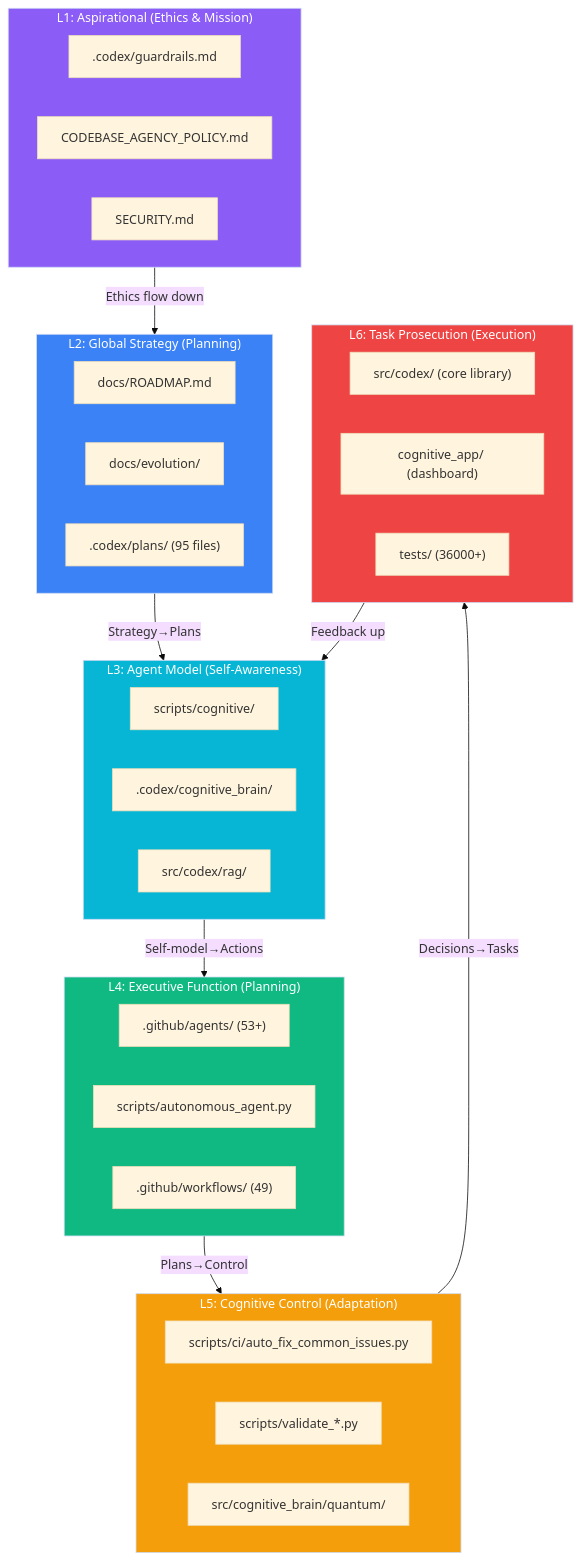
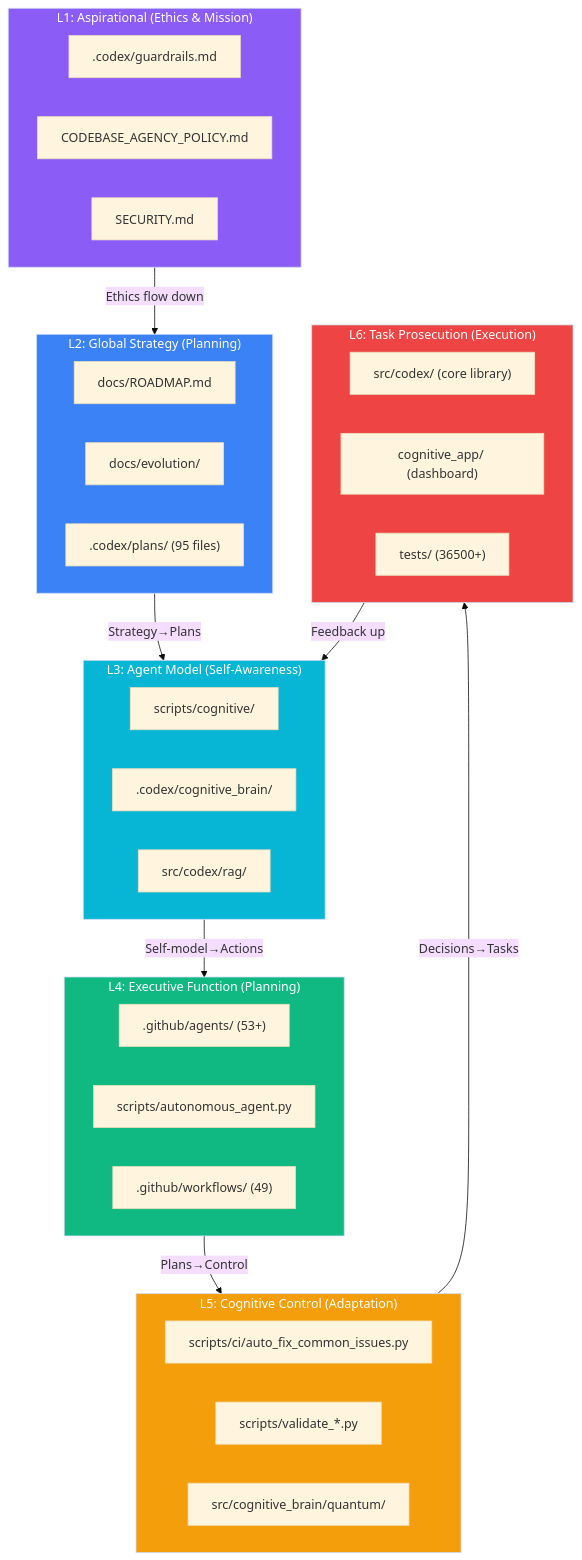
The diagram in docs/evolution/COGNITIVE_CODEBASE_MAP.md (Aries-Serpent/_codex_), drawn with Mermaid (base theme) before and after one commit. The commit also changed 39 other files, not shown here.

````diff
--- a/docs/evolution/COGNITIVE_CODEBASE_MAP.md
+++ b/docs/evolution/COGNITIVE_CODEBASE_MAP.md
@@ -12,53 +12,53 @@
 ```mermaid
 %%{init: {'accessibility': {'title': 'Flowchart showing "L1: Aspirational (Ethics & Mission)", ".codex/guardrails.md"'}}%%
 graph TD
     subgraph L1["L1: Aspirational (Ethics & Mission)"]
         E1[".codex/guardrails.md"]
         E2["CODEBASE_AGENCY_POLICY.md"]
         E3["SECURITY.md"]
     end
 
     subgraph L2["L2: Global Strategy (Planning)"]
         S1["docs/ROADMAP.md"]
         S2["docs/evolution/"]
         S3[".codex/plans/ (95 files)"]
     end
 
     subgraph L3["L3: Agent Model (Self-Awareness)"]
         M1["scripts/cognitive/"]
         M2[".codex/cognitive_brain/"]
         M3["src/codex/rag/"]
     end
 
     subgraph L4["L4: Executive Function (Planning)"]
         X1[".github/agents/ (53+)"]
         X2["scripts/autonomous_agent.py"]
         X3[".github/workflows/ (49)"]
     end
 
     subgraph L5["L5: Cognitive Control (Adaptation)"]
         C1["scripts/ci/auto_fix_common_issues.py"]
         C2["scripts/validate_*.py"]
         C3["src/cognitive_brain/quantum/"]
     end
 
     subgraph L6["L6: Task Prosecution (Execution)"]
         T1["src/codex/ (core library)"]
         T2["cognitive_app/ (dashboard)"]
-        T3["tests/ (36000+)"]
+        T3["tests/ (36500+)"]
     end
 
     L1 -->|"Ethics flow down"| L2
     L2 -->|"Strategy→Plans"| L3
     L3 -->|"Self-model→Actions"| L4
     L4 -->|"Plans→Control"| L5
     L5 -->|"Decisions→Tasks"| L6
     L6 -->|"Feedback up"| L3
 
     style L1 fill:#8b5cf6,color:#fff
     style L2 fill:#3b82f6,color:#fff
     style L3 fill:#06b6d4,color:#fff
     style L4 fill:#10b981,color:#fff
     style L5 fill:#f59e0b,color:#fff
     style L6 fill:#ef4444,color:#fff
 ```
````
